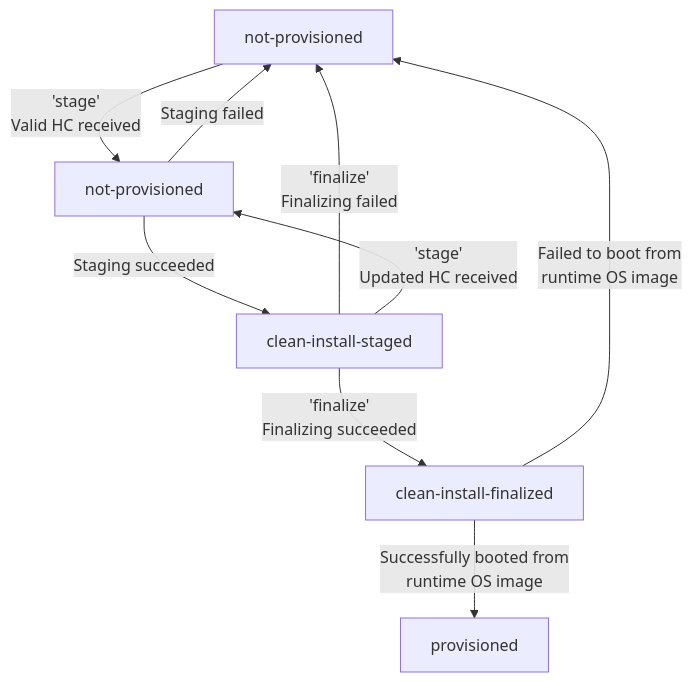
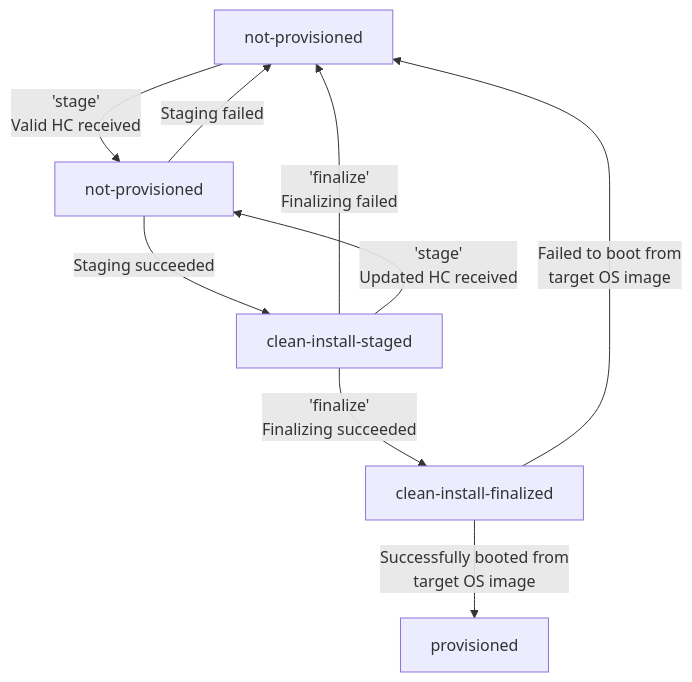
Before and after one commit to microsoft/trident: the first of 2 diagrams in dev-docs/allowed-operations.md, drawn with Mermaid. The commit also changed other lines of this file and 15 other files, not shown here.

```diff
--- a/dev-docs/allowed-operations.md
+++ b/dev-docs/allowed-operations.md
@@ -68,27 +68,27 @@
 ::: mermaid
 graph TD
     A[not-provisioned] --> |'stage' <br/>Valid HC received|B[not-provisioned]
     B --> |Staging failed|A
     B --> |Staging succeeded|C[clean-install-staged]
     C --> |'finalize'<br/>Finalizing succeeded|E[clean-install-finalized]
     C --> |'finalize'<br/>Finalizing failed|A
     C --> |'stage'<br/>Updated HC received|B
-    E --> |Successfully booted from<br/>runtime OS image|G[provisioned]
-    E --> |Failed to boot from<br/>runtime OS image|A
+    E --> |Successfully booted from<br/>target OS image|G[provisioned]
+    E --> |Failed to boot from<br/>target OS image|A
 
     %% Adjust node styles dynamically for content fitting
     style A white-space:normal,overflow-wrap:break-word,padding:10px
     style B white-space:normal,overflow-wrap:break-word,padding:10px
     style C white-space:normal,overflow-wrap:break-word,padding:10px
     style E white-space:normal,overflow-wrap:break-word,padding:10px
     style G white-space:normal,overflow-wrap:break-word,padding:10px
 
     %% Adjust edge text wrapping and size
     linkStyle 0 max-width:500px,white-space:normal,overflow-wrap:break-word
     linkStyle 1 max-width:300px,white-space:normal,overflow-wrap:break-word
     linkStyle 2 max-width:300px,white-space:normal,overflow-wrap:break-word
     linkStyle 3 max-width:300px,white-space:normal,overflow-wrap:break-word
     linkStyle 4 max-width:300px,white-space:normal,overflow-wrap:break-word
     linkStyle 5 max-width:300px,white-space:normal,overflow-wrap:break-word
     linkStyle 6 max-width:500px,white-space:normal,overflow-wrap:break-word
 :::
```
